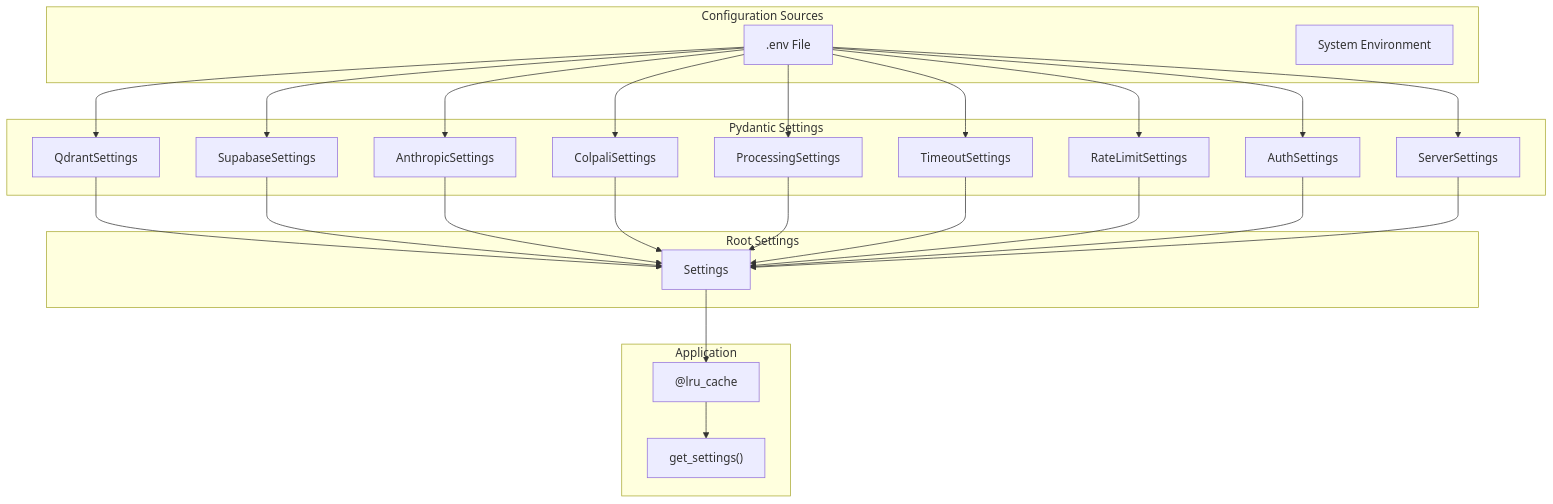
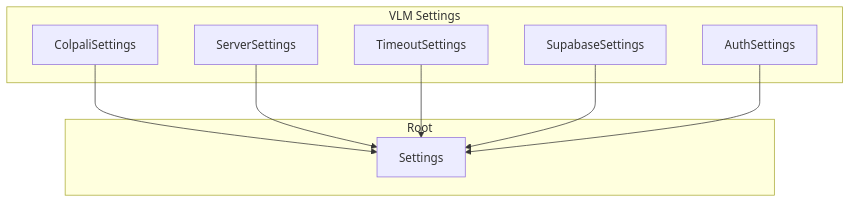
One commit to akosgintl/colpali-rag-app changed the first of 2 diagrams in docs/configuration.md. Above: the diagram before and after it, drawn with Mermaid. The commit also changed other lines of this file and 84 other files, not shown here.

Commit message:
refactored to document-api and colpali-vlm projects

````diff
--- a/docs/configuration.md
+++ b/docs/configuration.md
@@ -27,50 +18,20 @@
 ```mermaid
 graph TD
-    subgraph Sources["Configuration Sources"]
-        ENV[".env File"]
-        SYS["System Environment"]
+    subgraph Settings["VLM Settings"]
+        CS["ColpaliSettings"]
+        SS["ServerSettings"]
+        TS["TimeoutSettings"]
+        SUP["SupabaseSettings"]
+        AUTH["AuthSettings"]
     end
 
-    subgraph Pydantic["Pydantic Settings"]
-        QS["QdrantSettings"]
-        SS["SupabaseSettings"]
-        AS["AnthropicSettings"]
-        CS["ColpaliSettings"]
-        PS["ProcessingSettings"]
-        TS["TimeoutSettings"]
-        RS_SUB["RateLimitSettings"]
-        AUTH["AuthSettings"]
-        SRV["ServerSettings"]
-    end
-
-    subgraph Root["Root Settings"]
+    subgraph Root["Root"]
         RS["Settings"]
     end
 
-    subgraph App["Application"]
-        LRU["@lru_cache"]
-        GET["get_settings()"]
-    end
-
-    ENV --> QS
-    ENV --> SS
-    ENV --> AS
-    ENV --> CS
-    ENV --> PS
-    ENV --> TS
-    ENV --> RS_SUB
-    ENV --> AUTH
-    ENV --> SRV
-
-    QS --> RS
+    CS --> RS
     SS --> RS
-    AS --> RS
-    CS --> RS
-    PS --> RS
     TS --> RS
-    RS_SUB --> RS
+    SUP --> RS
     AUTH --> RS
-    SRV --> RS
-
-    RS --> LRU --> GET
 ```
````
